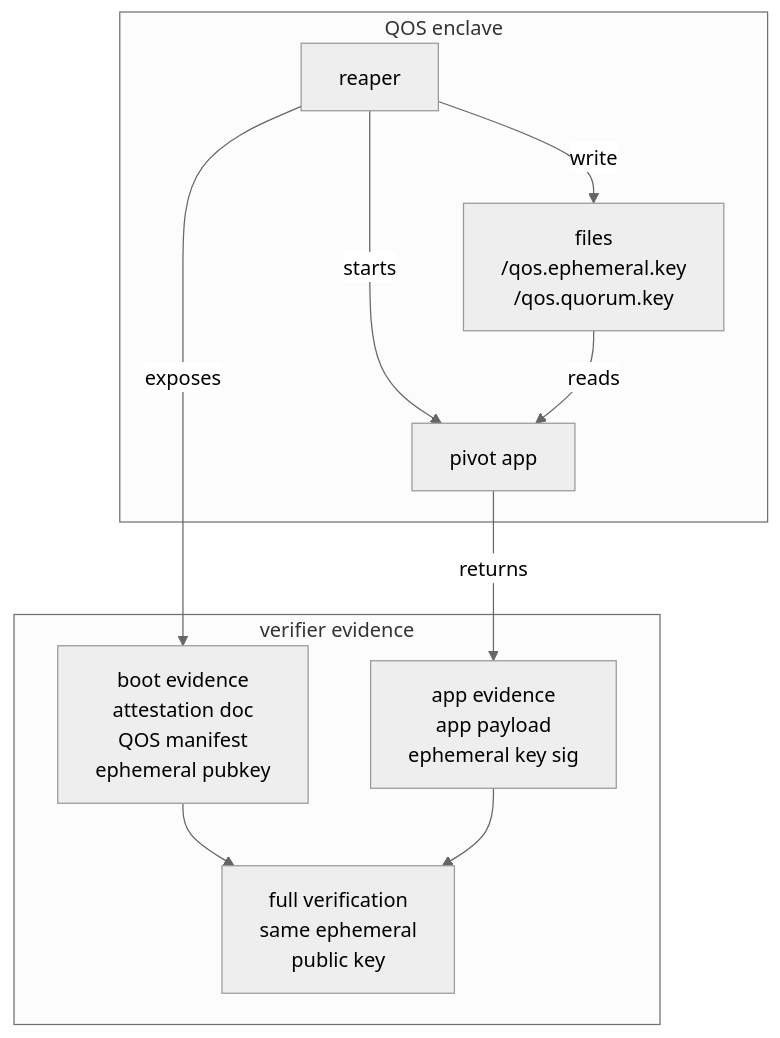
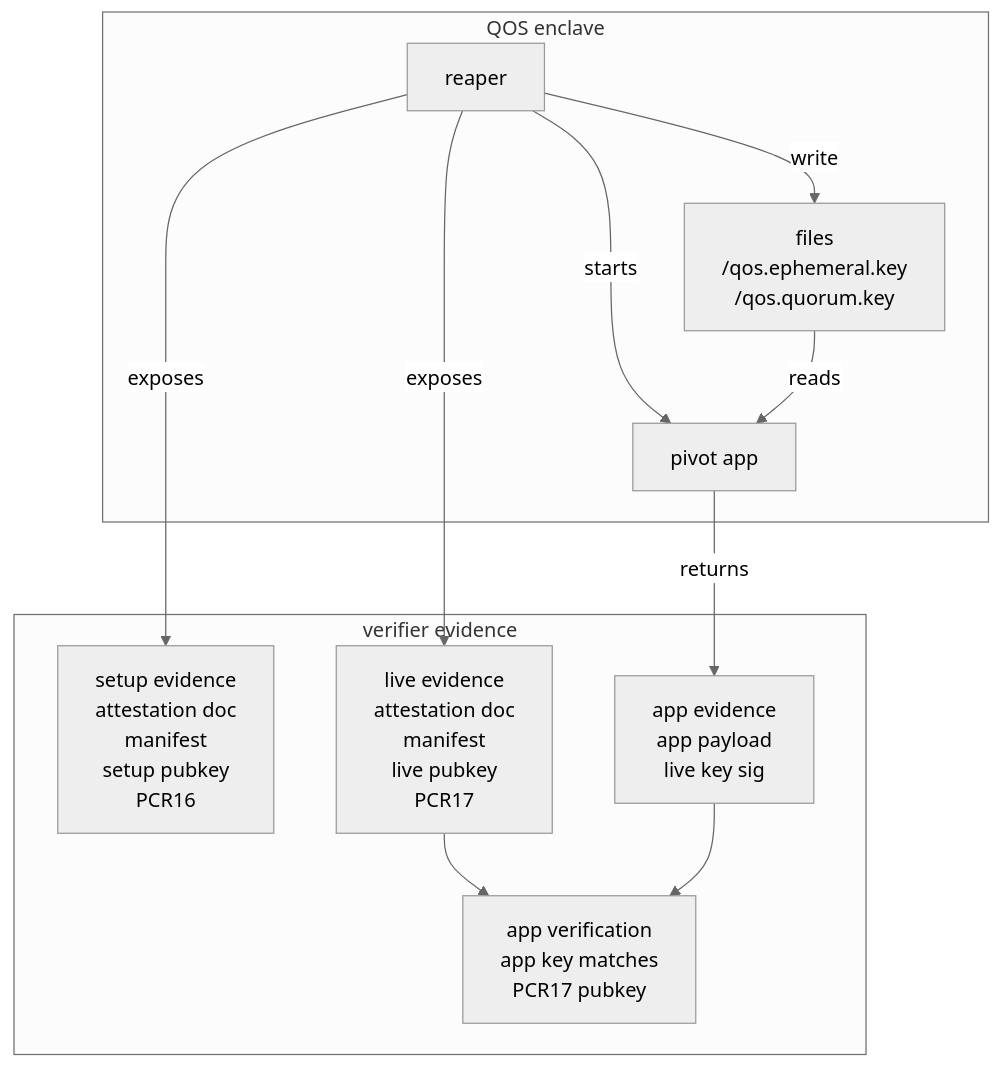
One commit to tkhq/qos changed the diagram in docs/enclave_keys.md. Above: the diagram before and after it, drawn with Mermaid (neutral theme). The commit also changed other lines of this file and 23 other files, not shown here.

````diff
--- a/docs/enclave_keys.md
+++ b/docs/enclave_keys.md
@@ -18,24 +18,26 @@
 ```mermaid
 flowchart TB
     subgraph Enclave["QOS enclave"]
         Reaper["reaper"]
         Files["files<br/>/qos.ephemeral.key<br/>/qos.quorum.key"]
         Pivot["pivot app"]
 
         Reaper -->|"write"| Files
         Reaper -->|"starts"| Pivot
         Files -->|"reads"| Pivot
     end
 
     subgraph Evidence["verifier evidence"]
-        BootEvidence["boot evidence<br/>attestation doc<br/>QOS manifest<br/>ephemeral pubkey"]
-        AppEvidence["app evidence<br/>app payload<br/>ephemeral key sig"]
-        FullVerification["full verification<br/>same ephemeral<br/>public key"]
+        SetupEvidence["setup evidence<br/>attestation doc<br/>manifest<br/>setup pubkey<br/>PCR16"]
+        LiveEvidence["live evidence<br/>attestation doc<br/>manifest<br/>live pubkey<br/>PCR17"]
+        AppEvidence["app evidence<br/>app payload<br/>live key sig"]
+        AppVerification["app verification<br/>app key matches<br/>PCR17 pubkey"]
 
-        BootEvidence --> FullVerification
-        AppEvidence --> FullVerification
+        LiveEvidence --> AppVerification
+        AppEvidence --> AppVerification
     end
 
-    Reaper -->|"exposes"| BootEvidence
+    Reaper -->|"exposes"| SetupEvidence
+    Reaper -->|"exposes"| LiveEvidence
     Pivot -->|"returns"| AppEvidence
 ```
````
